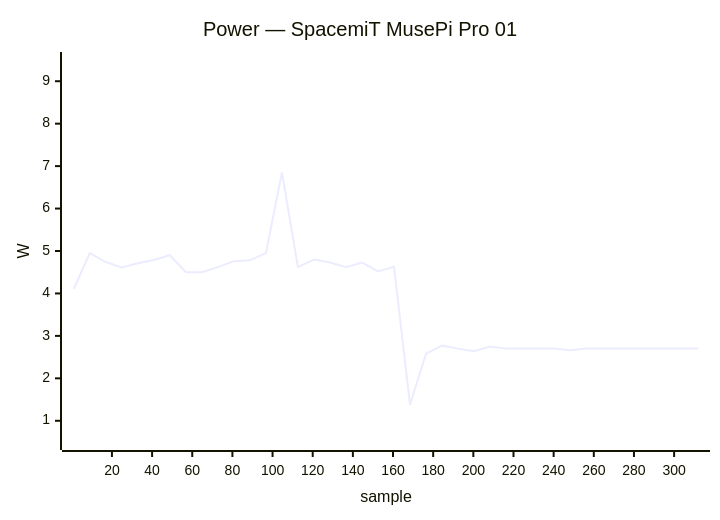
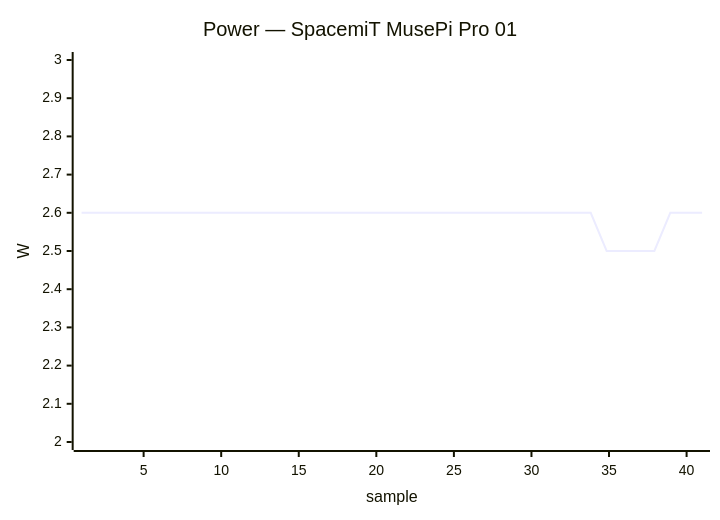
Diagram 15 of 34 in docs/status/board-tests.md (armbian/documentation), drawn with Mermaid before and after one commit. The commit also changed other lines of this file, not shown here.

````diff
--- a/docs/status/board-tests.md
+++ b/docs/status/board-tests.md
@@ -767,7 +740,7 @@
 ```mermaid
 xychart-beta
     title "Power — SpacemiT MusePi Pro 01"
-    x-axis "sample" 1 --> 312
-    y-axis "W" 0.5 --> 9.5
-    line [4.11, 4.95, 4.74, 4.61, 4.71, 4.79, 4.90, 4.50, 4.50, 4.62, 4.76, 4.78, 4.95, 6.85, 4.62, 4.80, 4.73, 4.62, 4.73, 4.52, 4.63, 1.38, 2.58, 2.77, 2.70, 2.64, 2.75, 2.70, 2.70, 2.70, 2.70, 2.66, 2.70, 2.70, 2.70, 2.70, 2.70, 2.70, 2.70, 2.70]
+    x-axis "sample" 1 --> 41
+    y-axis "W" 2.0 --> 3.0
+    line [2.60, 2.60, 2.60, 2.60, 2.60, 2.60, 2.60, 2.60, 2.60, 2.60, 2.60, 2.60, 2.60, 2.60, 2.60, 2.60, 2.60, 2.60, 2.60, 2.60, 2.60, 2.60, 2.60, 2.60, 2.60, 2.60, 2.60, 2.60, 2.60, 2.60, 2.60, 2.60, 2.60, 2.50, 2.50, 2.50, 2.50, 2.60, 2.60, 2.60]
 ```
````
